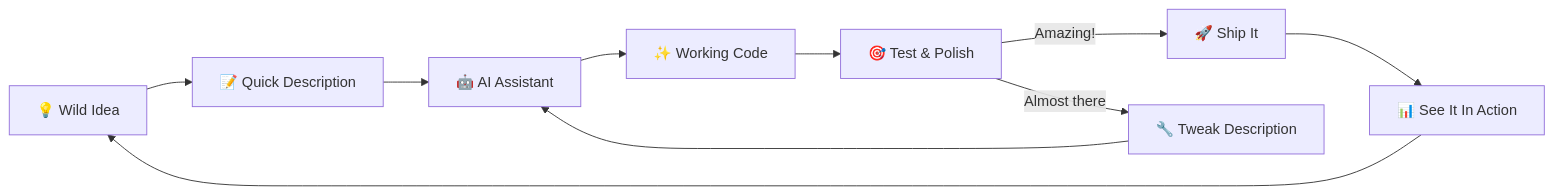
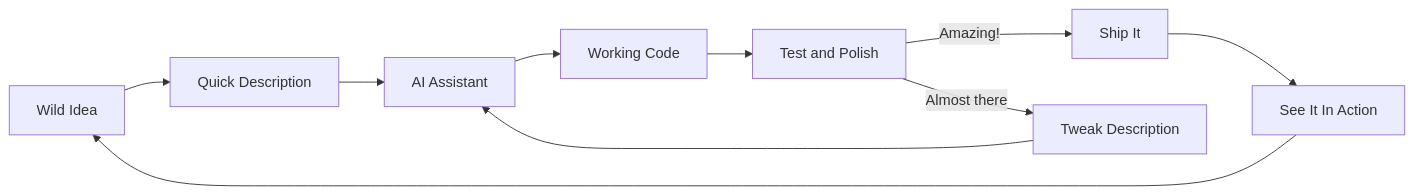
One commit to andrewdkennedy1/andrewdkennedy1.github.io changed the diagram in _posts/2026-01-03-the-specter-of-the-vibecode.md. Above: the diagram before and after it, drawn with Mermaid. The commit also changed other lines of this file and 7 other files, not shown here.

````diff
--- a/_posts/2026-01-03-the-specter-of-the-vibecode.md
+++ b/_posts/2026-01-03-the-specter-of-the-vibecode.md
@@ -42,12 +38,12 @@
 ```mermaid
 flowchart LR
-  A[💡 Wild Idea] --> B[📝 Quick Description]
-  B --> C[🤖 AI Assistant]
-  C --> D[✨ Working Code]
-  D --> E[🎯 Test & Polish]
-  E -->|Amazing!| F[🚀 Ship It]
-  E -->|Almost there| G[🔧 Tweak Description]
+  A[Wild Idea] --> B[Quick Description]
+  B --> C[AI Assistant]
+  C --> D[Working Code]
+  D --> E[Test and Polish]
+  E -->|Amazing!| F[Ship It]
+  E -->|Almost there| G[Tweak Description]
   G --> C
-  F --> H[📊 See It In Action]
+  F --> H[See It In Action]
   H --> A
 ```
````
